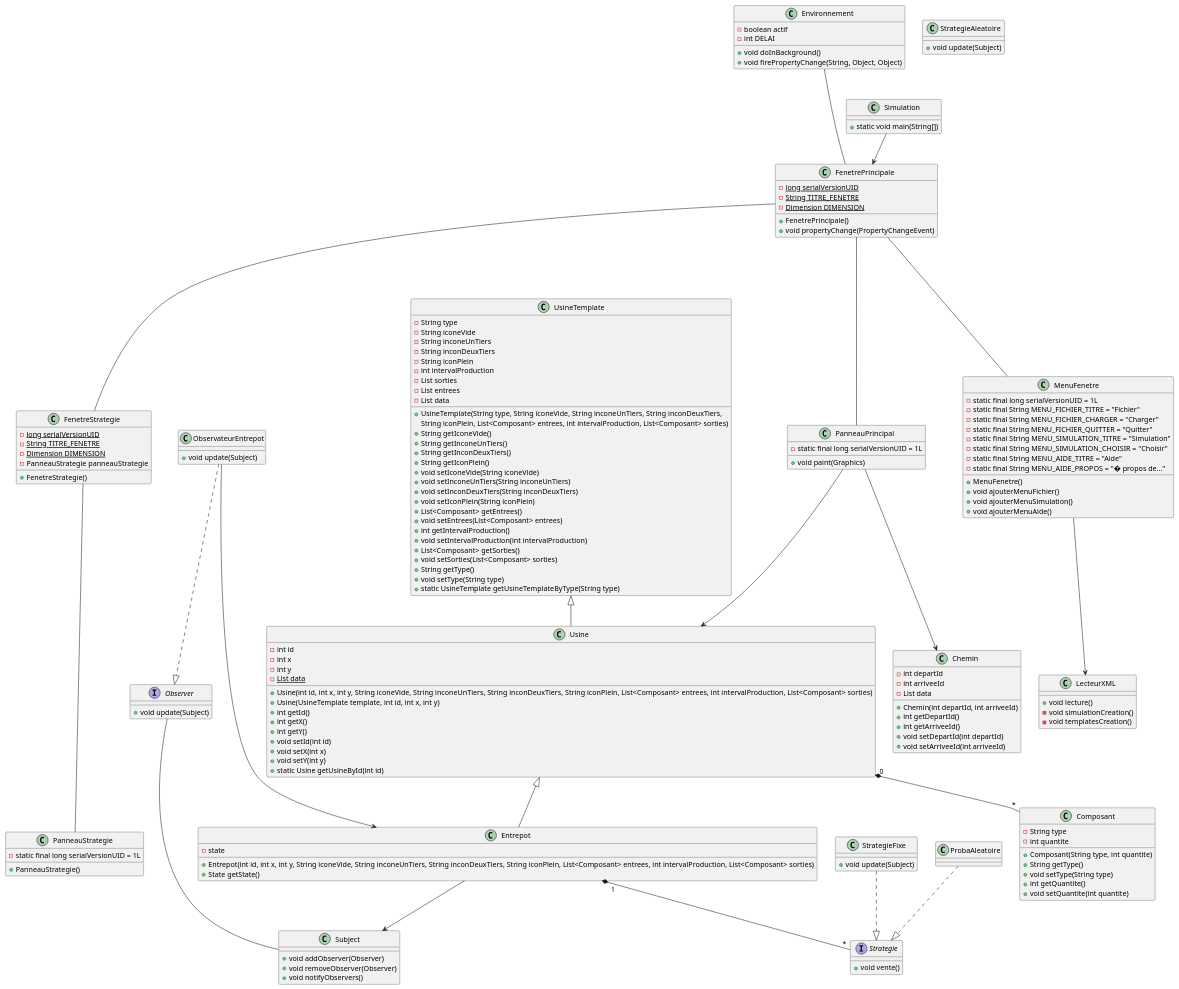
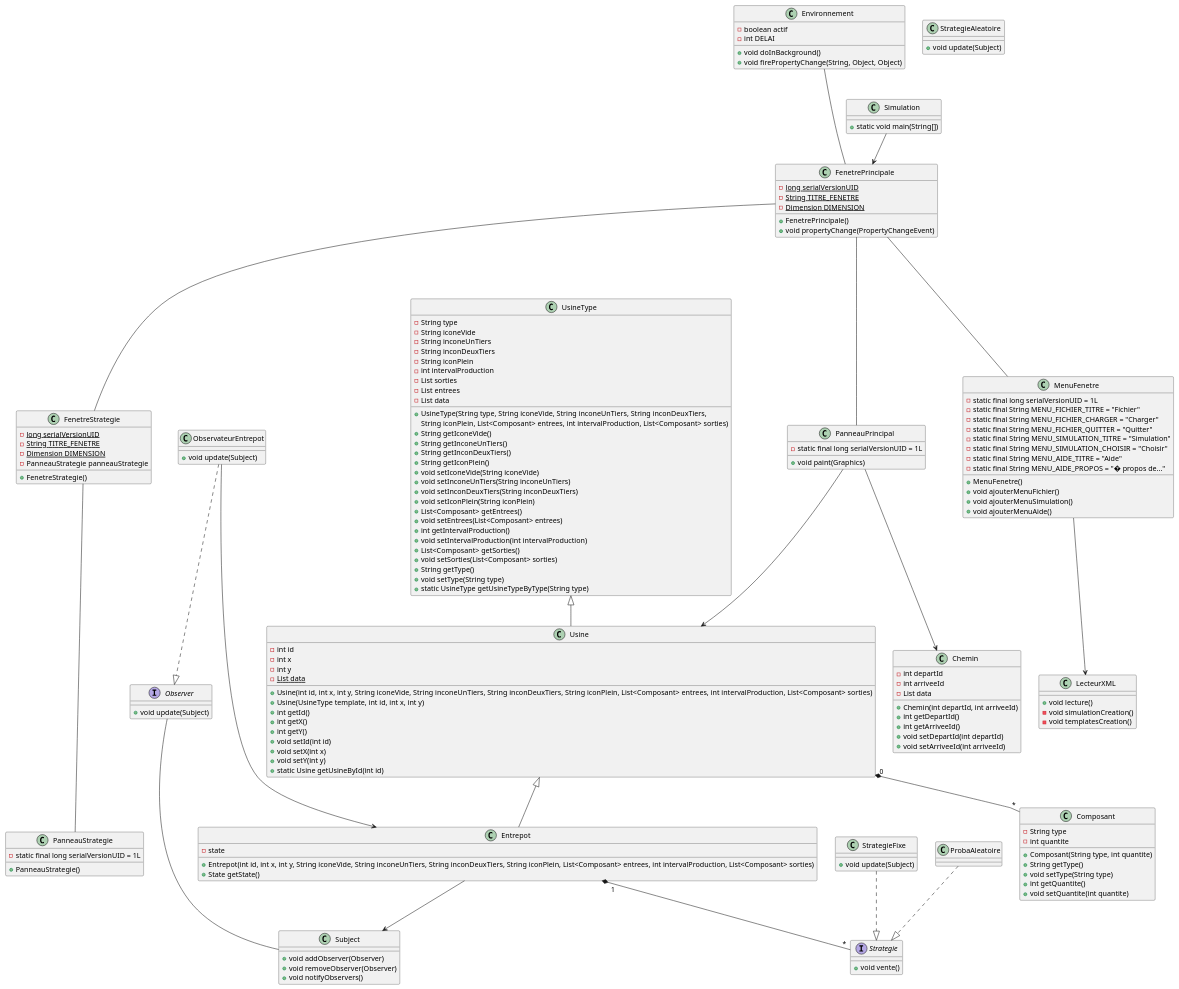
The diagram in dcl.plantUML (samihanine/log121-labo1), drawn with PlantUML before and after one commit. The commit also changed 31 other files, not shown here.

```diff
--- a/dcl.plantUML
+++ b/dcl.plantUML
@@ -1,183 +1,183 @@
 @startuml DCL
 class Chemin {
 -int departId
 -int arriveeId
 -List data
 +Chemin(int departId, int arriveeId)
 +int getDepartId()
 +int getArriveeId()
 +void setDepartId(int departId)
 +void setArriveeId(int arriveeId)
 }
 
 class Composant {
 -String type
 -int quantite
 +Composant(String type, int quantite)
 +String getType()
 +void setType(String type)
 +int getQuantite()
 +void setQuantite(int quantite)
 }
 
-class UsineTemplate {
+class UsineType {
 -String type
 -String iconeVide
 -String inconeUnTiers
 -String inconDeuxTiers
 -String iconPlein
 -int intervalProduction
 -List sorties
 -List entrees 
 -List data
-+UsineTemplate(String type, String iconeVide, String inconeUnTiers, String inconDeuxTiers,
++UsineType(String type, String iconeVide, String inconeUnTiers, String inconDeuxTiers,
 String iconPlein, List<Composant> entrees, int intervalProduction, List<Composant> sorties)
 +String getIconeVide()
 +String getInconeUnTiers()
 +String getInconDeuxTiers()
 +String getIconPlein()
 +void setIconeVide(String iconeVide)
 +void setInconeUnTiers(String inconeUnTiers)
 +void setInconDeuxTiers(String inconDeuxTiers)
 +void setIconPlein(String iconPlein)
 +List<Composant> getEntrees()
 +void setEntrees(List<Composant> entrees)
 +int getIntervalProduction()
 +void setIntervalProduction(int intervalProduction)
 +List<Composant> getSorties()
 +void setSorties(List<Composant> sorties)
 +String getType()
 +void setType(String type)
-+static UsineTemplate getUsineTemplateByType(String type)
++static UsineType getUsineTypeByType(String type)
 }
 
 class Usine {
 -int id
 -int x
 -int y
 {static} - List data
 +Usine(int id, int x, int y, String iconeVide, String inconeUnTiers, String inconDeuxTiers, String iconPlein, List<Composant> entrees, int intervalProduction, List<Composant> sorties)
-+Usine(UsineTemplate template, int id, int x, int y)
++Usine(UsineType template, int id, int x, int y)
 +int getId()
 +int getX()
 +int getY()
 +void setId(int id)
 +void setX(int x)
 +void setY(int y)
 +static Usine getUsineById(int id)
 }
 
 class Environnement {
 - boolean actif
 - int DELAI
 + void doInBackground()
 + void firePropertyChange(String, Object, Object)
 }
 
 class FenetrePrincipale {
 {static} - long serialVersionUID
 {static} - String TITRE_FENETRE
 {static} - Dimension DIMENSION
 + FenetrePrincipale()
 + void propertyChange(PropertyChangeEvent)
 }
 
 class FenetreStrategie {
 {static} - long serialVersionUID
 {static} - String TITRE_FENETRE
 {static} - Dimension DIMENSION 
 - PanneauStrategie panneauStrategie
 + FenetreStrategie()
 }
 
 class MenuFenetre {
 - static final long serialVersionUID = 1L
 - static final String MENU_FICHIER_TITRE = "Fichier"
 - static final String MENU_FICHIER_CHARGER = "Charger"
 - static final String MENU_FICHIER_QUITTER = "Quitter"
 - static final String MENU_SIMULATION_TITRE = "Simulation"
 - static final String MENU_SIMULATION_CHOISIR = "Choisir"
 - static final String MENU_AIDE_TITRE = "Aide"
 - static final String MENU_AIDE_PROPOS = "� propos de..."
 + MenuFenetre()
 + void ajouterMenuFichier()
 + void ajouterMenuSimulation()
 + void ajouterMenuAide()
 }
 
 class PanneauPrincipal {
 - static final long serialVersionUID = 1L
 + void paint(Graphics)
 }
 
 class PanneauStrategie {
 - static final long serialVersionUID = 1L
 + PanneauStrategie()
 }
 
 class Simulation {
 + static void main(String[])
 }
 
 class LecteurXML {
 + void lecture()
 - void simulationCreation()
 - void templatesCreation()
 }
 
 class Entrepot {
 - state
 + Entrepot(int id, int x, int y, String iconeVide, String inconeUnTiers, String inconDeuxTiers, String iconPlein, List<Composant> entrees, int intervalProduction, List<Composant> sorties)
 + State getState()
 }
 
 class Subject {
 + void addObserver(Observer)
 + void removeObserver(Observer)
 + void notifyObservers()
 }
 
 interface Observer {
 + void update(Subject)
 }
 
 class ObservateurEntrepot {
 + void update(Subject)
 }
 
 interface Strategie {
 + void vente()
 }
 
 class StrategieFixe {
 + void update(Subject)
 }
 
 class StrategieAleatoire {
 + void update(Subject)
 }
 
 Environnement --- FenetrePrincipale
 FenetrePrincipale --- FenetreStrategie
 FenetrePrincipale --- MenuFenetre
 FenetrePrincipale --- PanneauPrincipal
 FenetreStrategie --- PanneauStrategie
 Simulation --> FenetrePrincipale
-UsineTemplate <|-- Usine
+UsineType <|-- Usine
 Usine <|-- Entrepot
 MenuFenetre --> LecteurXML
 Usine "0" *-- "*" Composant
 
 PanneauPrincipal --> Usine
 PanneauPrincipal --> Chemin
 
 ObservateurEntrepot ..|> Observer
 Entrepot --> Subject
 Observer --- Subject
 ObservateurEntrepot --> Entrepot
 
 StrategieFixe ..|> Strategie
 ProbaAleatoire ..|> Strategie
 Entrepot  "1" *-- "*" Strategie
 
 @enduml
```
